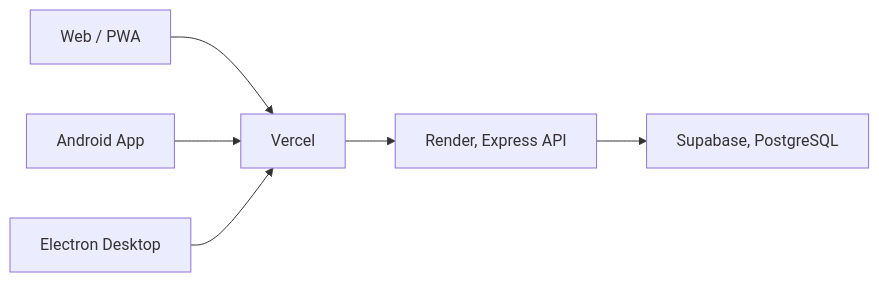
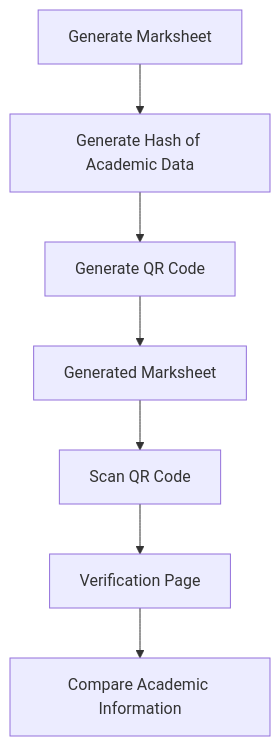
Before and after one commit to Pranayy1/college-management-system: the first of 2 diagrams in README.md, drawn with Mermaid. The commit also changed other lines of this file and 2 other files, not shown here.

````diff
--- a/README.md
+++ b/README.md
@@ -61,8 +115,9 @@
 ```mermaid
-flowchart LR
-    A[Web / PWA] --> D[Vercel]
-    B[Android App] --> D
-    C[Electron Desktop] --> D
-    D --> E[Render, Express API]
-    E --> F[Supabase, PostgreSQL]
+flowchart TD
+    A[Generate Marksheet] --> B[Generate Hash of Academic Data]
+    B --> C[Generate QR Code]
+    C --> D[Generated Marksheet]
+    D --> E[Scan QR Code]
+    E --> F[Verification Page]
+    F --> G[Compare Academic Information]
 ```
````
